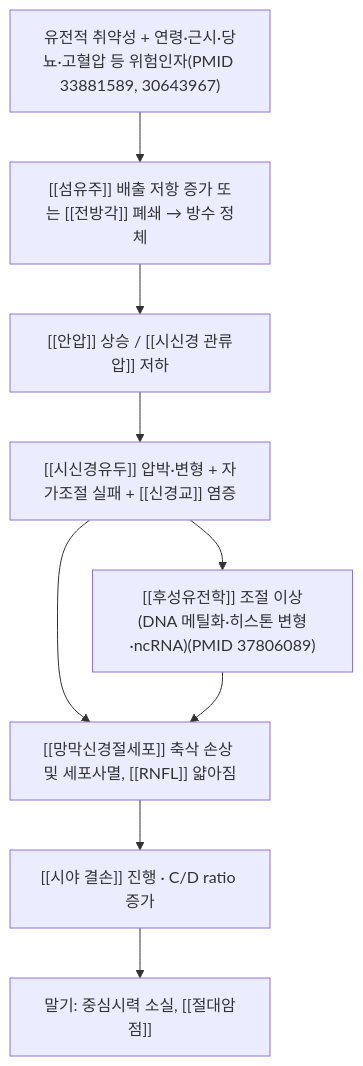
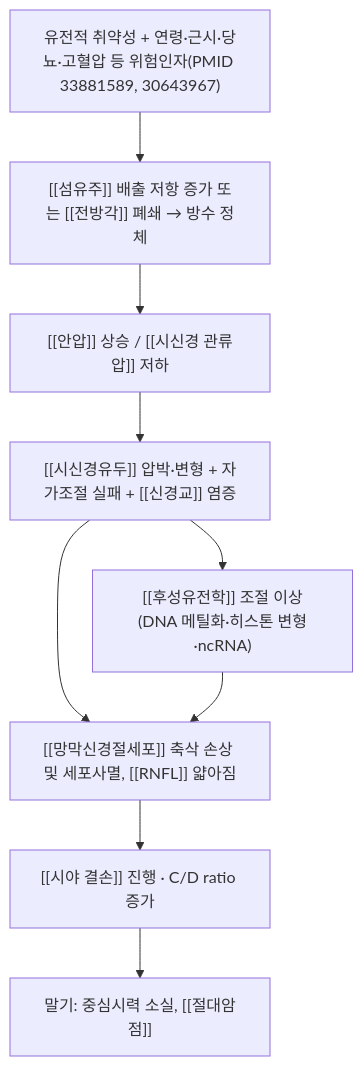
One commit to simbio11/simbio-digital-garden2 changed the diagram in content/3. 이론 공부/질환/이비인후·안과 질환/눈/녹내장.md. Above: the diagram before and after it, drawn with Mermaid. The commit also changed other lines of this file and 401 other files, not shown here.

````diff
--- a/content/3. 이론 공부/질환/이비인후·안과 질환/눈/녹내장.md
+++ b/content/3. 이론 공부/질환/이비인후·안과 질환/눈/녹내장.md
@@ -85,11 +77,11 @@
 ```mermaid
 graph TD
     Cause["유전적 취약성 + 연령·근시·당뇨·고혈압 등 위험인자(PMID 33881589, 30643967)"] --> Outflow["[[섬유주]] 배출 저항 증가 또는 [[전방각]] 폐쇄 → 방수 정체"]
     Outflow --> IOP["[[안압]] 상승 / [[시신경 관류압]] 저하"]
     IOP --> Mech["[[시신경유두]] 압박·변형 + 자가조절 실패 + [[신경교]] 염증"]
     Mech --> RGC["[[망막신경절세포]] 축삭 손상 및 세포사멸, [[RNFL]] 얇아짐"]
     RGC --> Field["[[시야 결손]] 진행 · C/D ratio 증가"]
     Field --> Late["말기: 중심시력 소실, [[절대암점]]"]
-    Mech --> Epi["[[후성유전학]] 조절 이상(DNA 메틸화·히스톤 변형·ncRNA)(PMID 37806089)"]
+    Mech --> Epi["[[후성유전학]] 조절 이상(DNA 메틸화·히스톤 변형·ncRNA)"]
     Epi --> RGC
 ```
````
